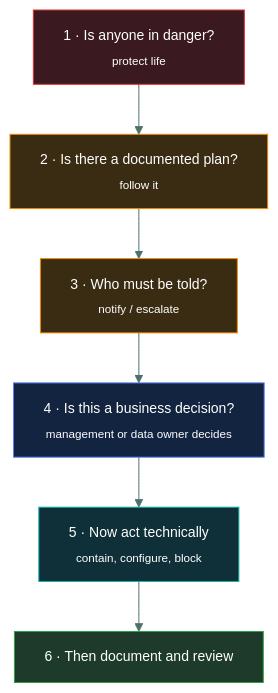
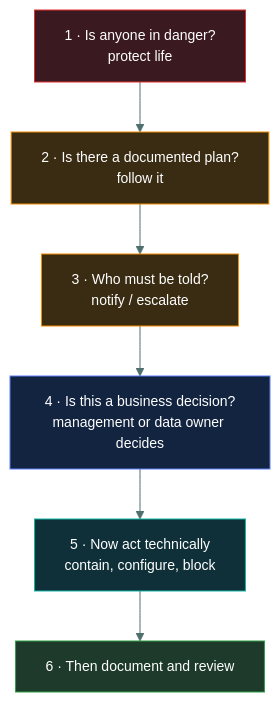
Before and after one commit to tarunTejaDesireddy/cc-exam-prep: the diagram in 00-foundations/how-isc2-thinks/README.md, drawn with Mermaid. The commit also changed 15 other files, not shown here.

First line of the commit message:
Fix clipped mermaid labels repo-wide; add privacy topic

````diff
--- a/00-foundations/how-isc2-thinks/README.md
+++ b/00-foundations/how-isc2-thinks/README.md
@@ -144,16 +144,16 @@
 ```mermaid
 %%{init: {'theme':'base','themeVariables':{'fontSize':'14px','lineColor':'#4d6f6e','textColor':'#dbe7e6'}}}%%
 flowchart TD
-    A["1 · Is anyone in danger?<br/><sub>protect life</sub>"] --> B["2 · Is there a documented plan?<br/><sub>follow it</sub>"]
-    B --> C["3 · Who must be told?<br/><sub>notify / escalate</sub>"]
-    C --> D["4 · Is this a business decision?<br/><sub>management or data owner decides</sub>"]
-    D --> E["5 · Now act technically<br/><sub>contain, configure, block</sub>"]
+    A["1 · Is anyone in danger?<br/>protect life"] --> B["2 · Is there a documented plan?<br/>follow it"]
+    B --> C["3 · Who must be told?<br/>notify / escalate"]
+    C --> D["4 · Is this a business decision?<br/>management or data owner decides"]
+    D --> E["5 · Now act technically<br/>contain, configure, block"]
     E --> F["6 · Then document and review"]
 
     style A fill:#3a1a20,stroke:#E03131,color:#fff
     style B fill:#3a2c12,stroke:#F08C00,color:#fff
     style C fill:#3a2c12,stroke:#F08C00,color:#fff
     style D fill:#12243f,stroke:#5C7CFA,color:#fff
     style E fill:#0f3038,stroke:#12B5A5,color:#fff
     style F fill:#1d3a2a,stroke:#2F9E44,color:#fff
 ```
````
